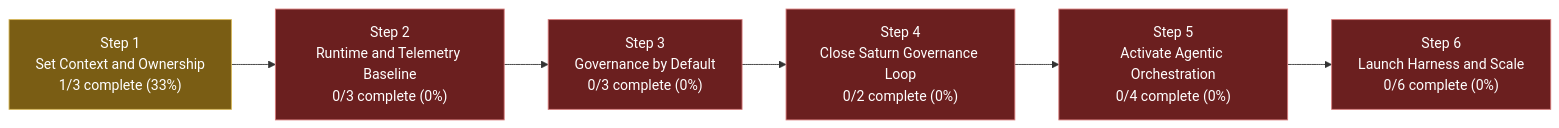
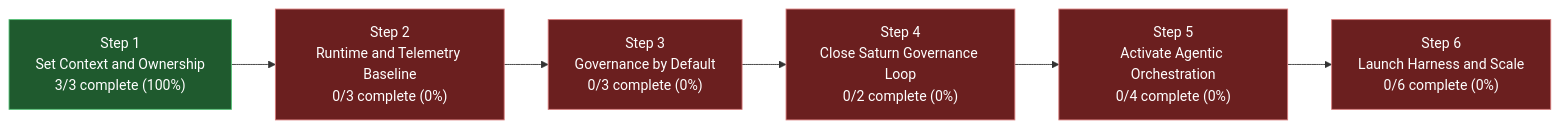
Before and after one commit to cyberAlchemyAI/domainspec: the second of 2 diagrams in plan/COMPLETENESS-DASHBOARD.md, drawn with Mermaid. The commit also changed other lines of this file and 8 other files, not shown here.

````diff
--- a/plan/COMPLETENESS-DASHBOARD.md
+++ b/plan/COMPLETENESS-DASHBOARD.md
@@ -28,17 +28,18 @@
 ```mermaid
 flowchart LR
-    S1["Step 1\nSet Context and Ownership\n1/3 complete (33%)"]
+    S1["Step 1\nSet Context and Ownership\n3/3 complete (100%)"]
     S2["Step 2\nRuntime and Telemetry Baseline\n0/3 complete (0%)"]
     S3["Step 3\nGovernance by Default\n0/3 complete (0%)"]
     S4["Step 4\nClose Saturn Governance Loop\n0/2 complete (0%)"]
     S5["Step 5\nActivate Agentic Orchestration\n0/4 complete (0%)"]
     S6["Step 6\nLaunch Harness and Scale\n0/6 complete (0%)"]
 
     S1 --> S2 --> S3 --> S4 --> S5 --> S6
 
+    classDef complete fill:#1f5a2e,stroke:#52c174,color:#ffffff
     classDef inprogress fill:#7a5d14,stroke:#d6b655,color:#ffffff
     classDef notstarted fill:#6b1f1f,stroke:#d77a7a,color:#ffffff
 
-    class S1 inprogress
+    class S1 complete
     class S2,S3,S4,S5,S6 notstarted
 ```
````
